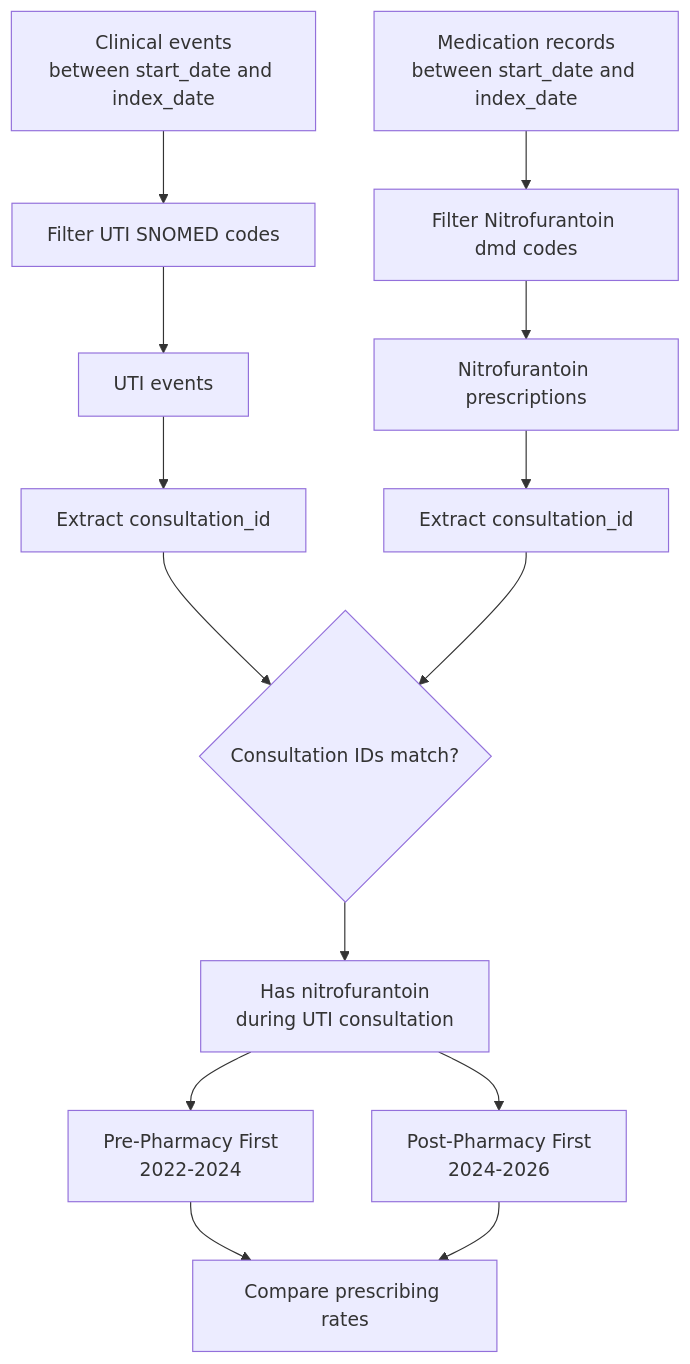
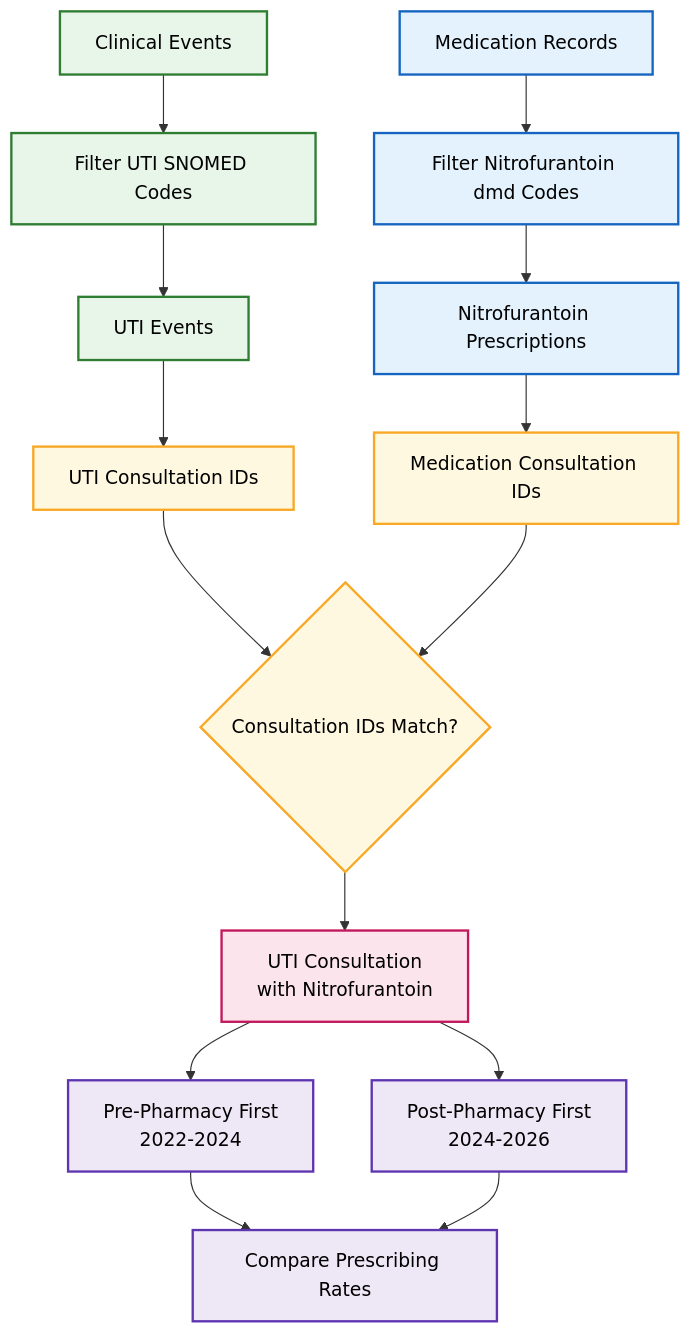
The first of 2 diagrams in README.md (airadukunda/PF-WP2-P4-antimicrobial-prescribing), drawn with Mermaid before and after one commit.

Commit message:
Refactor mermaid diagram labels for clarity

````diff
--- a/README.md
+++ b/README.md
@@ -41,32 +41,45 @@
 ```mermaid
 graph TD
 
 %% Input data
-A[Clinical events<br/>between start_date and index_date]
-B[Medication records<br/>between start_date and index_date]
+A[Clinical Events]
+B[Medication Records]
 
 %% UTI identification
-A --> C[Filter UTI SNOMED codes]
-C --> D[UTI events]
+A --> C[Filter UTI SNOMED Codes]
+C --> D[UTI Events]
 
 %% Treatment identification
-B --> E[Filter Nitrofurantoin dmd codes]
-E --> F[Nitrofurantoin prescriptions]
+B --> E[Filter Nitrofurantoin dmd Codes]
+E --> F[Nitrofurantoin Prescriptions]
 
 %% Consultation matching
-D --> G[Extract consultation_id]
-F --> H[Extract consultation_id]
+D --> G[UTI Consultation IDs]
+F --> H[Medication Consultation IDs]
 
-G --> I{Consultation IDs match?}
+G --> I{Consultation IDs Match?}
 H --> I
 
-%% Patient-level outcome
-I --> J[Has nitrofurantoin<br/>during UTI consultation]
+%% Outcome
+I --> J[UTI Consultation<br/>with Nitrofurantoin]
 
-%% Study comparison
+%% Comparison
 J --> K[Pre-Pharmacy First<br/>2022-2024]
 J --> L[Post-Pharmacy First<br/>2024-2026]
 
-K --> M[Compare prescribing rates]
+K --> M[Compare Prescribing Rates]
 L --> M
+
+%% Classes
+classDef clinical fill:#E8F5E9,stroke:#2E7D32,stroke-width:2px,color:#000;
+classDef medication fill:#E3F2FD,stroke:#1565C0,stroke-width:2px,color:#000;
+classDef consult fill:#FFF8E1,stroke:#F9A825,stroke-width:2px,color:#000;
+classDef outcome fill:#FCE4EC,stroke:#C2185B,stroke-width:2px,color:#000;
+classDef compare fill:#EDE7F6,stroke:#5E35B1,stroke-width:2px,color:#000;
+
+class A,C,D clinical;
+class B,E,F medication;
+class G,H,I consult;
+class J outcome;
+class K,L,M compare;
 ```
````
